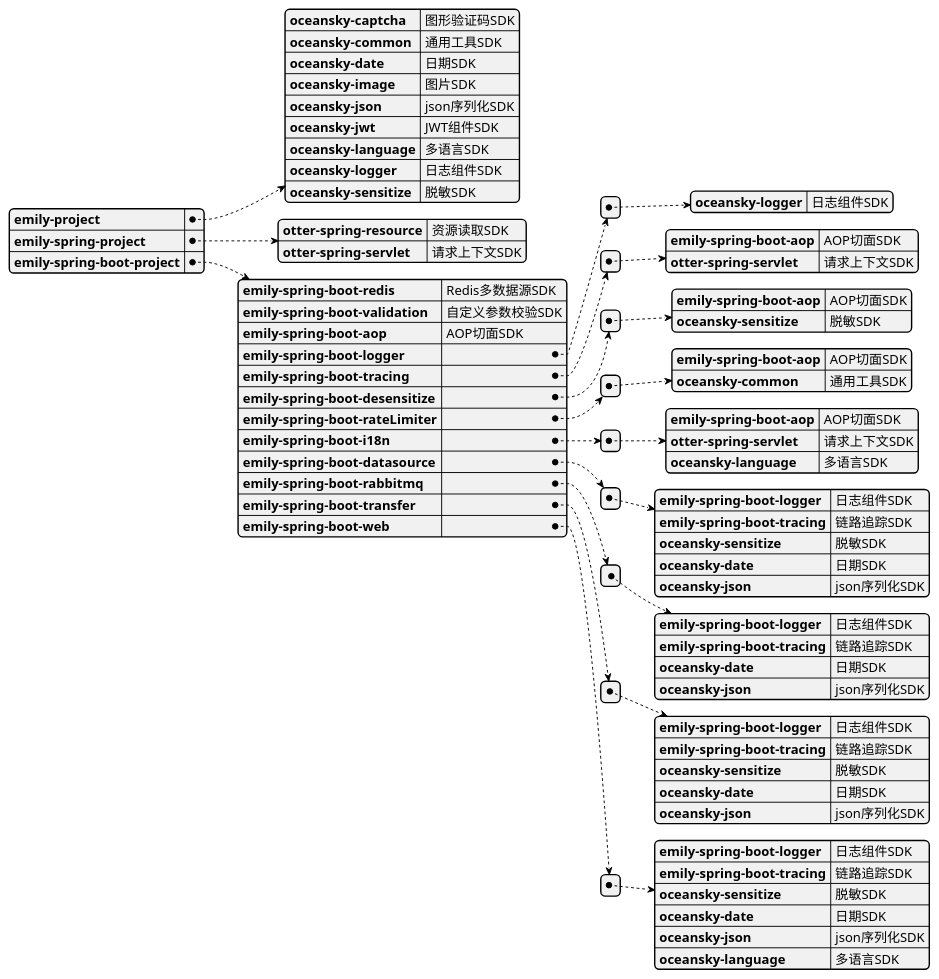
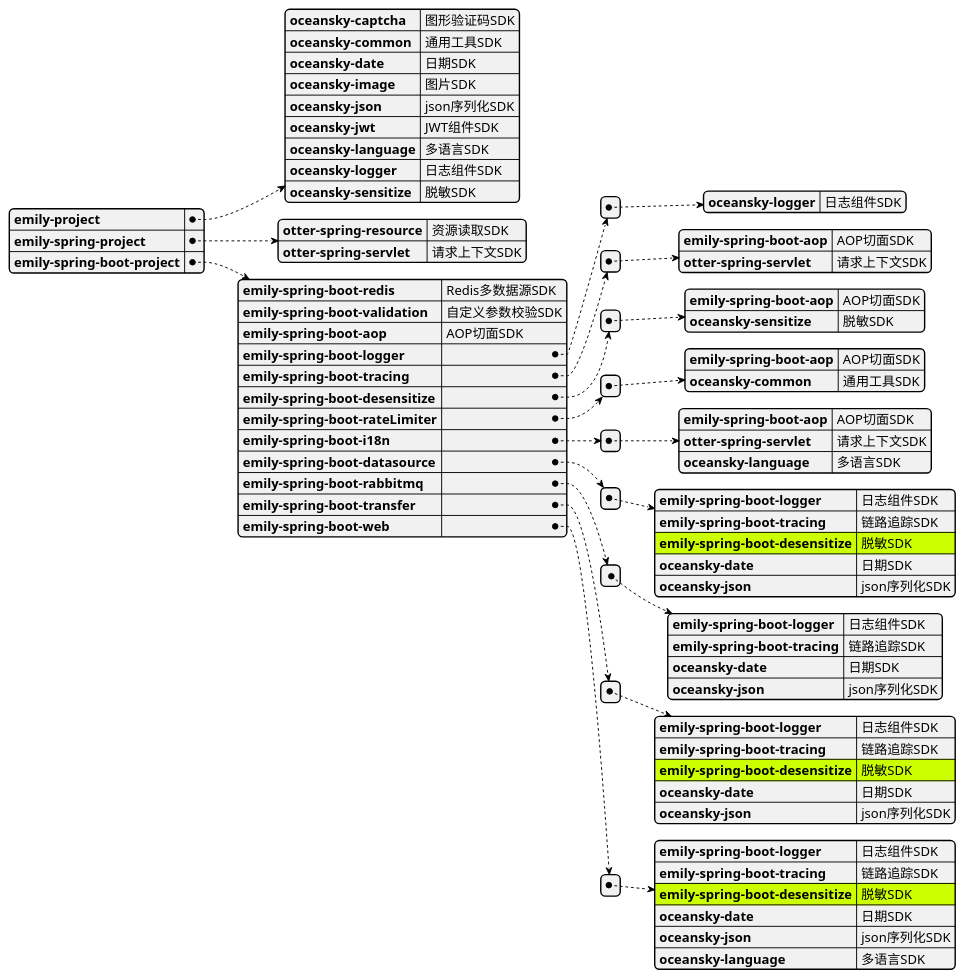
The diagram in framework.puml (mingyang66/spring-parent), drawn with PlantUML before and after one commit. The commit also changed 33 other files, not shown here.

```diff
--- a/framework.puml
+++ b/framework.puml
@@ -1,75 +1,78 @@
 @startjson
+#highlight "emily-spring-boot-project" / "emily-spring-boot-datasource" / "0" /"emily-spring-boot-desensitize"
+#highlight "emily-spring-boot-project" / "emily-spring-boot-transfer" / "0" /"emily-spring-boot-desensitize"
+#highlight "emily-spring-boot-project" / "emily-spring-boot-web" / "0" /"emily-spring-boot-desensitize"
 {
 "emily-project":
   {
   "oceansky-captcha": "图形验证码SDK",
   "oceansky-common": "通用工具SDK",
   "oceansky-date": "日期SDK",
   "oceansky-image": "图片SDK",
   "oceansky-json": "json序列化SDK",
   "oceansky-jwt": "JWT组件SDK",
   "oceansky-language": "多语言SDK",
   "oceansky-logger":"日志组件SDK",
   "oceansky-sensitize":"脱敏SDK"
   },
 "emily-spring-project":
  {
  "otter-spring-resource": "资源读取SDK",
  "otter-spring-servlet":"请求上下文SDK"
  },
 "emily-spring-boot-project":
   {
   "emily-spring-boot-redis": "Redis多数据源SDK",
   "emily-spring-boot-validation": "自定义参数校验SDK",
   "emily-spring-boot-aop": "AOP切面SDK",
   "emily-spring-boot-logger": [{
         "oceansky-logger":"日志组件SDK"
   }],
   "emily-spring-boot-tracing": [{
         "emily-spring-boot-aop":"AOP切面SDK",
         "otter-spring-servlet":"请求上下文SDK"
   }],
   "emily-spring-boot-desensitize": [{
         "emily-spring-boot-aop":"AOP切面SDK",
         "oceansky-sensitize":"脱敏SDK"
   }],
   "emily-spring-boot-rateLimiter": [{
         "emily-spring-boot-aop":"AOP切面SDK",
         "oceansky-common":"通用工具SDK"
   }],
   "emily-spring-boot-i18n": [{
         "emily-spring-boot-aop":"AOP切面SDK",
         "otter-spring-servlet":"请求上下文SDK",
         "oceansky-language":"多语言SDK"
   }],
   "emily-spring-boot-datasource": [{
         "emily-spring-boot-logger":"日志组件SDK",
         "emily-spring-boot-tracing":"链路追踪SDK",
-        "oceansky-sensitize":"脱敏SDK",
+        "emily-spring-boot-desensitize":"脱敏SDK",
         "oceansky-date":"日期SDK",
         "oceansky-json":"json序列化SDK"
   }],
   "emily-spring-boot-rabbitmq": [{
         "emily-spring-boot-logger":"日志组件SDK",
         "emily-spring-boot-tracing":"链路追踪SDK",
         "oceansky-date":"日期SDK",
         "oceansky-json":"json序列化SDK"
   }],
   "emily-spring-boot-transfer": [{
           "emily-spring-boot-logger":"日志组件SDK",
           "emily-spring-boot-tracing":"链路追踪SDK",
-          "oceansky-sensitize":"脱敏SDK",
+          "emily-spring-boot-desensitize":"脱敏SDK",
           "oceansky-date":"日期SDK",
           "oceansky-json":"json序列化SDK"
   }],
   "emily-spring-boot-web": [{
            "emily-spring-boot-logger":"日志组件SDK",
            "emily-spring-boot-tracing":"链路追踪SDK",
-           "oceansky-sensitize":"脱敏SDK",
+           "emily-spring-boot-desensitize":"脱敏SDK",
            "oceansky-date":"日期SDK",
            "oceansky-json":"json序列化SDK",
            "oceansky-language":"多语言SDK"
   }]
   }
 }
 @endjson
```
